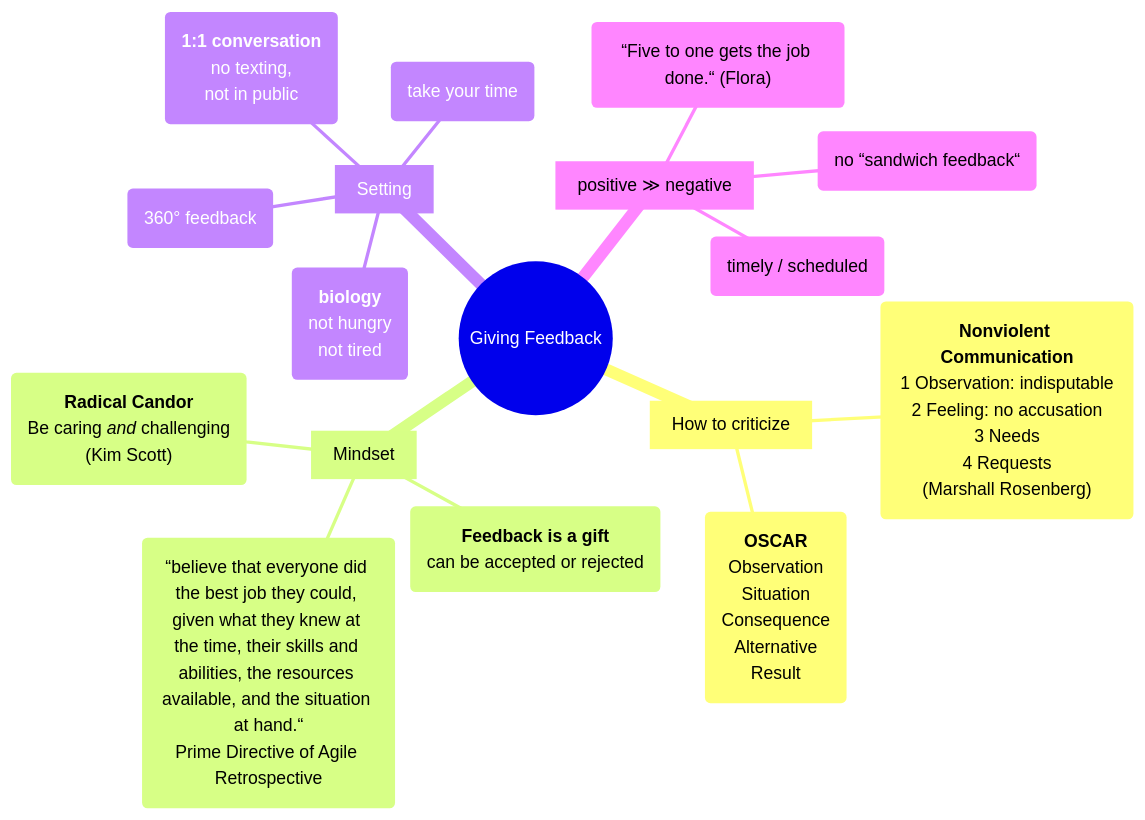
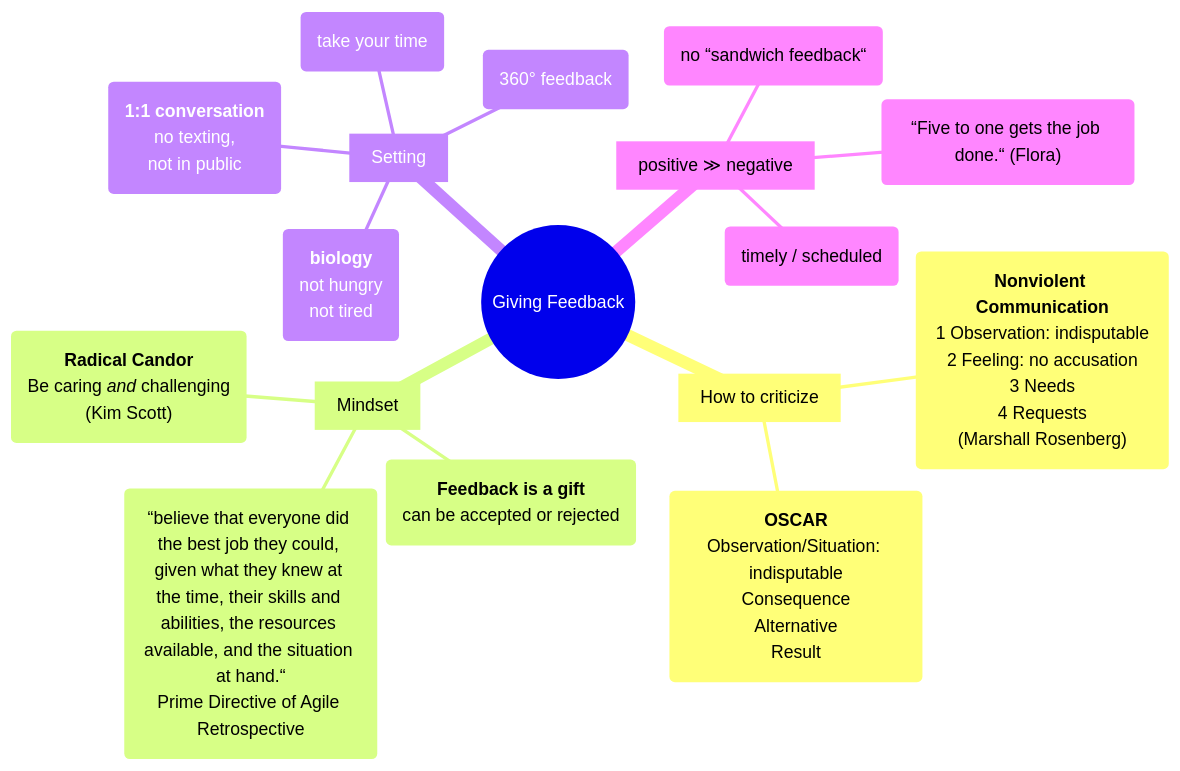
Before and after one commit to joerg-pfruender/joerg-pfruender.github.io: the diagram in _posts/2024-10-08-feedback-mindmap.md, drawn with Mermaid. The commit also changed other lines of this file and 1 other file, not shown here.

Commit message:
minor improvements

```diff
--- a/_posts/2024-10-08-feedback-mindmap.md
+++ b/_posts/2024-10-08-feedback-mindmap.md
@@ -14,39 +14,38 @@
 <pre class="mermaid">
 mindmap
     root((Giving Feedback))
         Steps["How to criticize"]
             nonviolent("`**Nonviolent Communication**
                 1 Observation: indisputable
                 2 Feeling: no accusation
                 3 Needs
                 4 Requests
                 (Marshall Rosenberg)`")
             oscar("`**OSCAR**
-                Observation
-                Situation
+                Observation/Situation: indisputable
                 Consequence
                 Alternative
                 Result`")
         mindset[Mindset]
             present("`**Feedback is a gift**
                         can be accepted or rejected`")
             primeDirective("`“believe that everyone did the best job they could, given what they knew at the time, their skills and abilities, the resources available, and the situation at hand.“
                         Prime Directive of Agile Retrospective`")
             radicalCandor("`**Radical Candor**
                             Be caring *and* challenging
                             (Kim Scott)`")
         setting[Setting]
             meeting("`**1:1 conversation**
                             no texting,
                             not in public`")
             bio("`**biology**
                             not hungry
                             not tired`")
             noStress("take your time")
             multiRater("360° feedback")
         pos["`positive ≫ negative`"]
             five("“Five to one gets the job done.“ (Flora)")
             sandwich("no “sandwich feedback“")
             timely(timely / scheduled)
 
 </pre>
```
